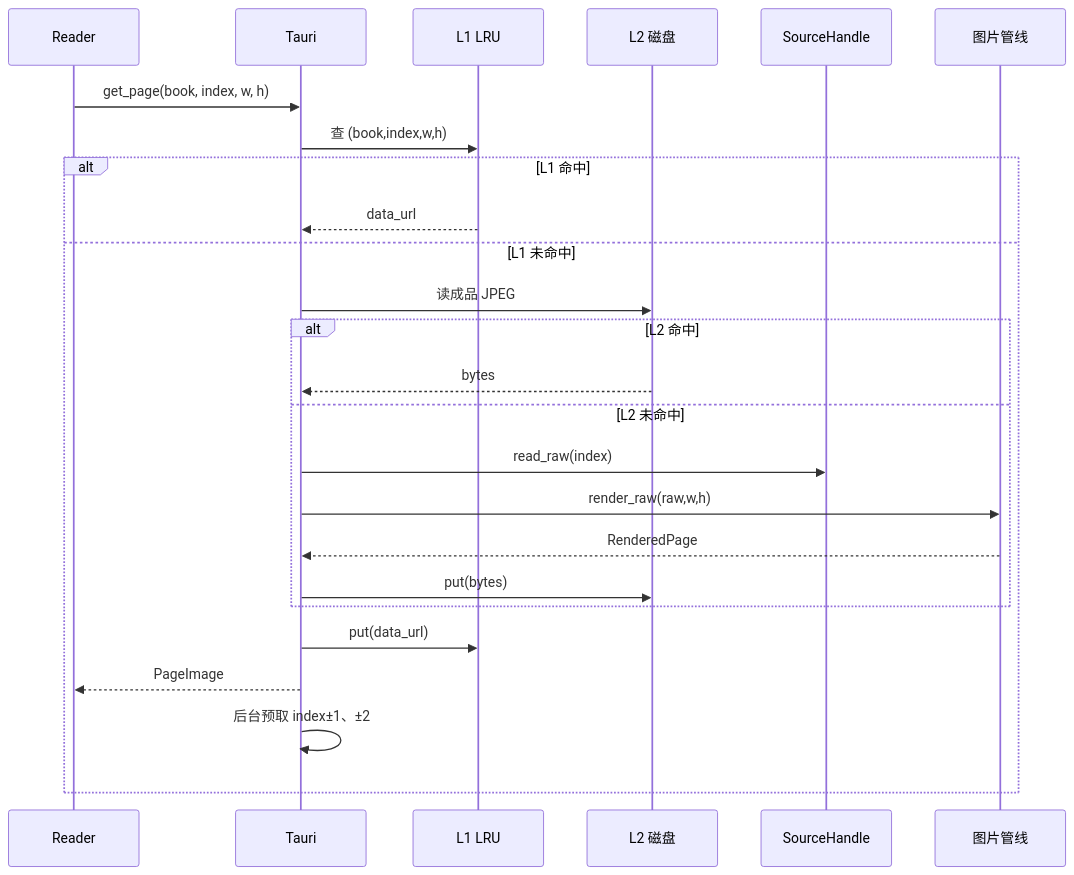
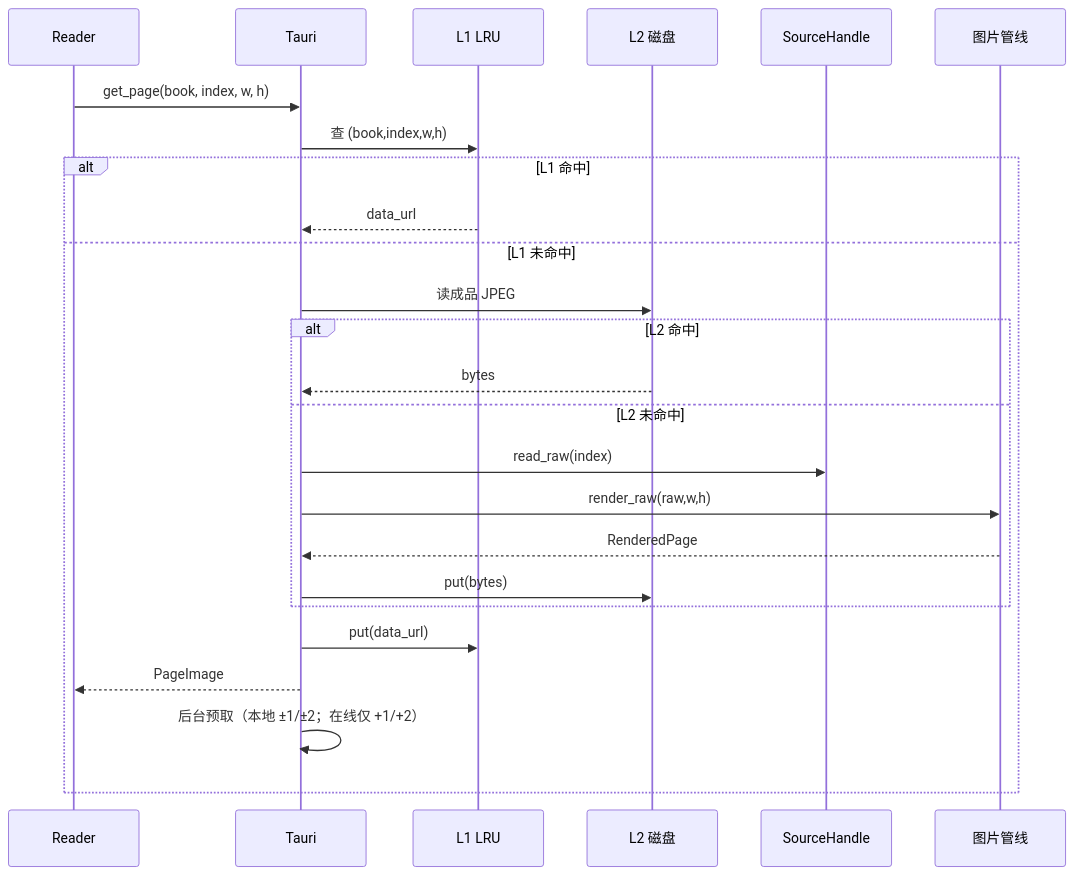
Before and after one commit to D-OneXXX/MR: the third of 5 diagrams in docs/TECHNICAL.md, drawn with Mermaid. The commit also changed other lines of this file and 4 other files, not shown here.

````diff
--- a/docs/TECHNICAL.md
+++ b/docs/TECHNICAL.md
@@ -451,28 +484,28 @@
 ```mermaid
 sequenceDiagram
   participant R as Reader
   participant T as Tauri
   participant L1 as L1 LRU
   participant L2 as L2 磁盘
   participant S as SourceHandle
   participant P as 图片管线
 
   R->>T: get_page(book, index, w, h)
   T->>L1: 查 (book,index,w,h)
   alt L1 命中
     L1-->>T: data_url
   else L1 未命中
     T->>L2: 读成品 JPEG
     alt L2 命中
       L2-->>T: bytes
     else L2 未命中
       T->>S: read_raw(index)
       T->>P: render_raw(raw,w,h)
       P-->>T: RenderedPage
       T->>L2: put(bytes)
     end
     T->>L1: put(data_url)
     T-->>R: PageImage
-    T->>T: 后台预取 index±1、±2
+    T->>T: 后台预取（本地 ±1/±2；在线仅 +1/+2）
   end
 ```
````
